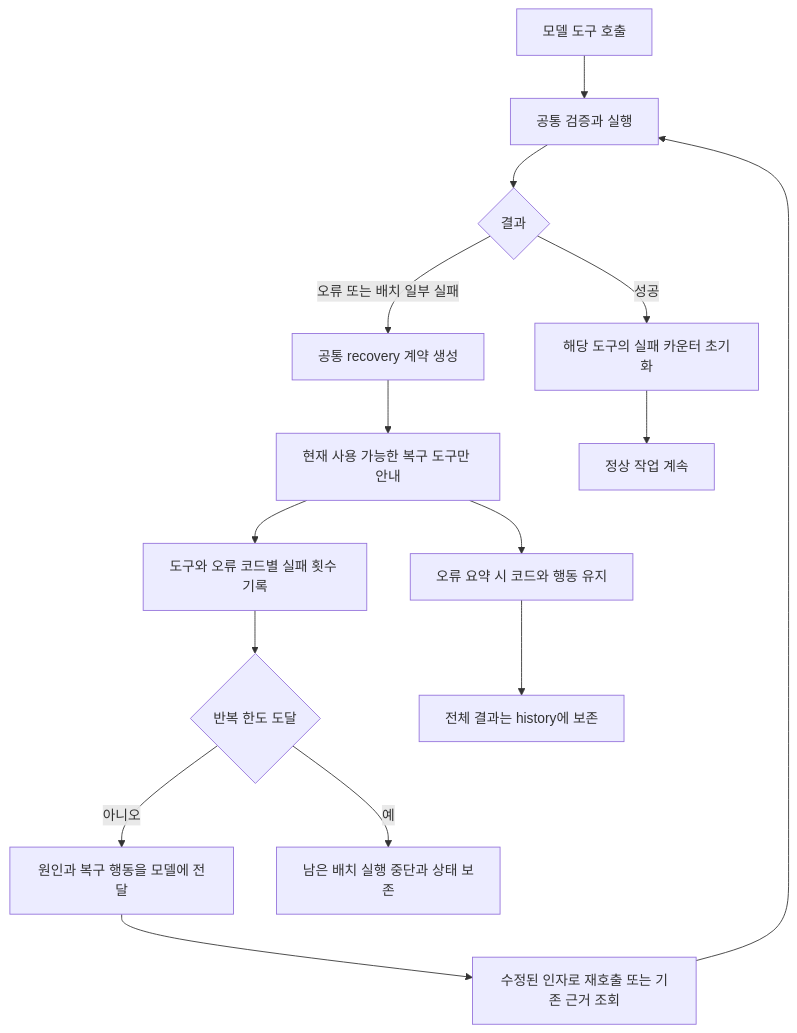
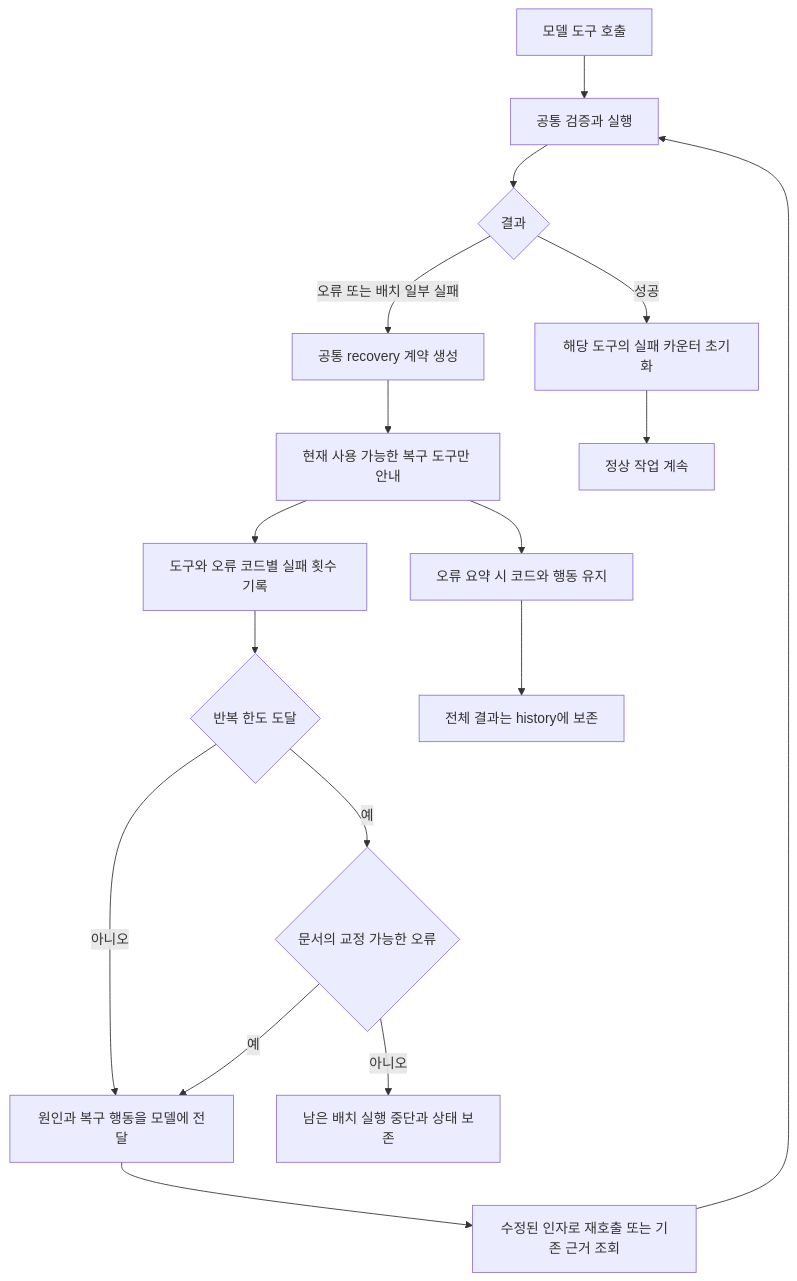
One commit to letspurify-ux/MnemoArc changed the diagram in docs/tool-recovery-contract.md. Above: the diagram before and after it, drawn with Mermaid. The commit also changed other lines of this file and 23 other files, not shown here.

````diff
--- a/docs/tool-recovery-contract.md
+++ b/docs/tool-recovery-contract.md
@@ -5,17 +5,19 @@
 ```mermaid
 flowchart TD
     A[모델 도구 호출] --> B[공통 검증과 실행]
     B --> C{결과}
     C -->|성공| D[해당 도구의 실패 카운터 초기화]
     C -->|오류 또는 배치 일부 실패| E[공통 recovery 계약 생성]
     E --> F[현재 사용 가능한 복구 도구만 안내]
     F --> G[도구와 오류 코드별 실패 횟수 기록]
     G --> H{반복 한도 도달}
     H -->|아니오| I[원인과 복구 행동을 모델에 전달]
     I --> J[수정된 인자로 재호출 또는 기존 근거 조회]
     J --> B
-    H -->|예| K[남은 배치 실행 중단과 상태 보존]
+    H -->|예| O{문서의 교정 가능한 오류}
+    O -->|예| I
+    O -->|아니오| K[남은 배치 실행 중단과 상태 보존]
     D --> L[정상 작업 계속]
     F --> M[오류 요약 시 코드와 행동 유지]
     M --> N[전체 결과는 history에 보존]
 ```
````
